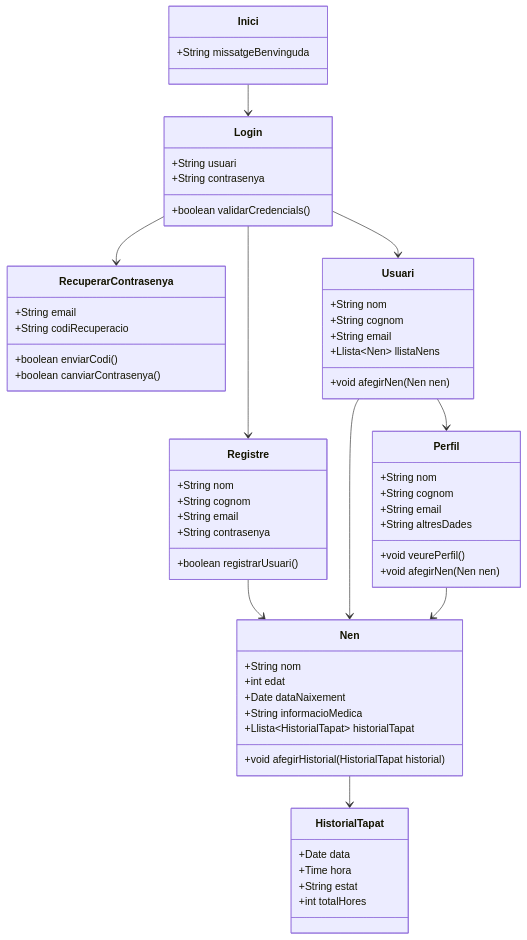
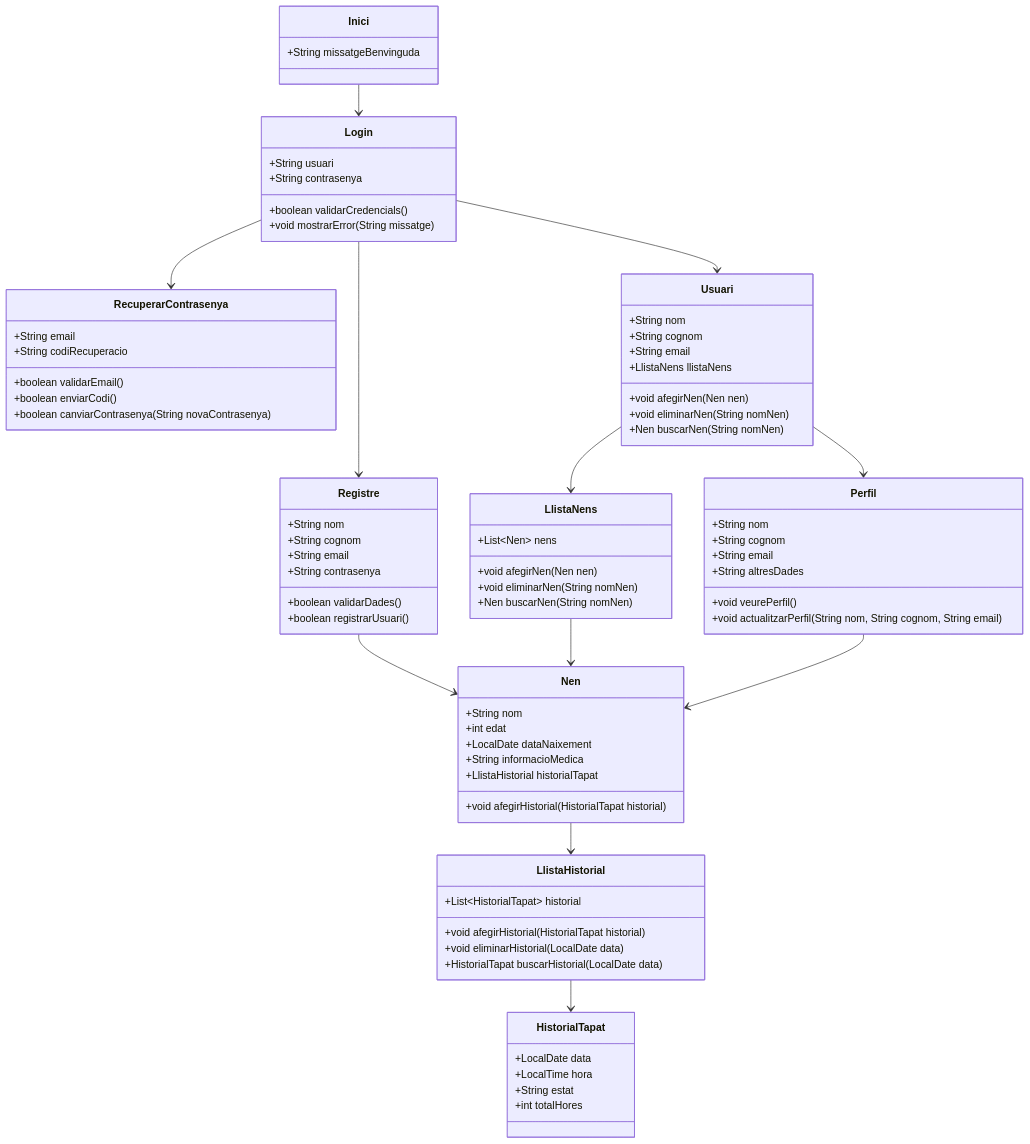
Before and after one commit to mactiburon/tapatapp: the diagram in Prototype2/DiagramaProtype2.mermaid, drawn with Mermaid.

Commit message:
DiagramaProtype2.mermaid

```diff
--- a/Prototype2/DiagramaProtype2.mermaid
+++ b/Prototype2/DiagramaProtype2.mermaid
@@ -1,78 +1,91 @@
 classDiagram
     %% Classes principals
     class Inici {
         +String missatgeBenvinguda
     }
 
-
     class Login {
         +String usuari
         +String contrasenya
         +boolean validarCredencials()
+        +void mostrarError(String missatge)
     }
-
 
     class Registre {
         +String nom
         +String cognom
         +String email
         +String contrasenya
+        +boolean validarDades()
         +boolean registrarUsuari()
     }
-
 
     class RecuperarContrasenya {
         +String email
         +String codiRecuperacio
+        +boolean validarEmail()
         +boolean enviarCodi()
-        +boolean canviarContrasenya()
+        +boolean canviarContrasenya(String novaContrasenya)
     }
-
 
     class Usuari {
         +String nom
         +String cognom
         +String email
-        +Llista~Nen~ llistaNens
+        +LlistaNens llistaNens
         +void afegirNen(Nen nen)
+        +void eliminarNen(String nomNen)
+        +Nen buscarNen(String nomNen)
     }
 
+    class LlistaNens {
+        +List~Nen~ nens
+        +void afegirNen(Nen nen)
+        +void eliminarNen(String nomNen)
+        +Nen buscarNen(String nomNen)
+    }
 
     class Perfil {
         +String nom
         +String cognom
         +String email
         +String altresDades
         +void veurePerfil()
-        +void afegirNen(Nen nen)
+        +void actualitzarPerfil(String nom, String cognom, String email)
     }
-
 
     class Nen {
         +String nom
         +int edat
-        +Date dataNaixement
+        +LocalDate dataNaixement
         +String informacioMedica
-        +Llista~HistorialTapat~ historialTapat
+        +LlistaHistorial historialTapat
         +void afegirHistorial(HistorialTapat historial)
     }
 
+    class LlistaHistorial {
+        +List~HistorialTapat~ historial
+        +void afegirHistorial(HistorialTapat historial)
+        +void eliminarHistorial(LocalDate data)
+        +HistorialTapat buscarHistorial(LocalDate data)
+    }
 
     class HistorialTapat {
-        +Date data
-        +Time hora
+        +LocalDate data
+        +LocalTime hora
         +String estat
         +int totalHores
     }
-
 
     %% Relacions entre classes
     Inici --> Login
     Login --> Registre
     Login --> RecuperarContrasenya
     Login --> Usuari
     Registre --> Nen
-    Usuari --> Nen
+    Usuari --> LlistaNens
+    LlistaNens --> Nen
     Usuari --> Perfil
     Perfil --> Nen
-    Nen --> HistorialTapat
+    Nen --> LlistaHistorial
+    LlistaHistorial --> HistorialTapat
```
